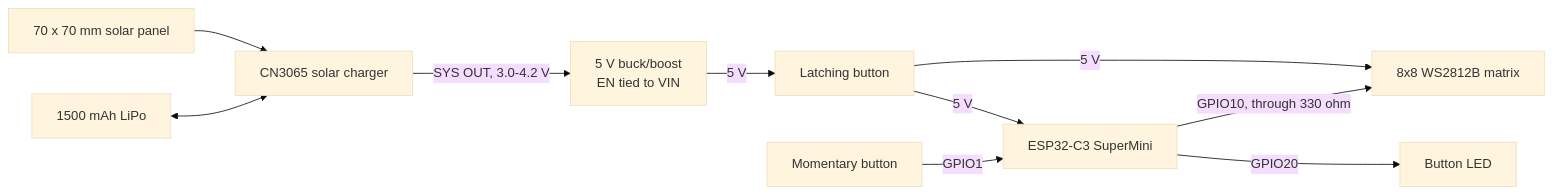
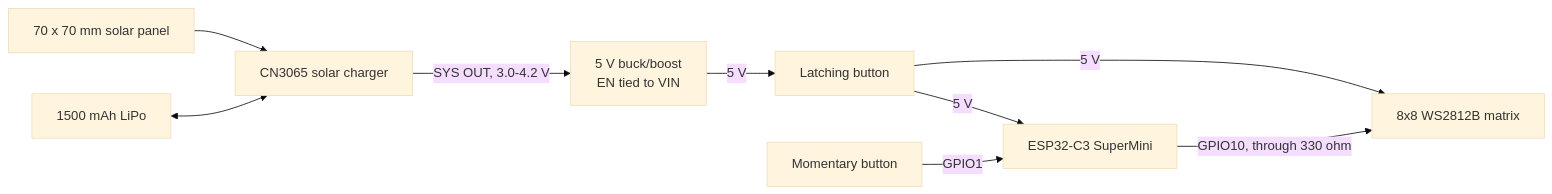
One commit to hronkrobotics/solar-square changed the diagram in README.md. Above: the diagram before and after it, drawn with Mermaid (base theme). The commit also changed other lines of this file and 3 other files, not shown here.

Commit message:
Remove the button LED; the momentary button is wired without it

````diff
--- a/README.md
+++ b/README.md
@@ -58,12 +55,11 @@
 ```mermaid
 flowchart LR
     PANEL["70 x 70 mm solar panel"] --> CN["CN3065 solar charger"]
     CELL["1500 mAh LiPo"] <--> CN
     CN -->|"SYS OUT, 3.0-4.2 V"| REG["5 V buck/boost<br/>EN tied to VIN"]
     REG -->|"5 V"| SW["Latching button"]
     SW -->|"5 V"| MCU["ESP32-C3 SuperMini"]
     SW -->|"5 V"| MATRIX["8x8 WS2812B matrix"]
     MCU -->|"GPIO10, through 330 ohm"| MATRIX
     BTN["Momentary button"] -->|"GPIO1"| MCU
-    MCU -->|"GPIO20"| BTNLED["Button LED"]
 ```
````
